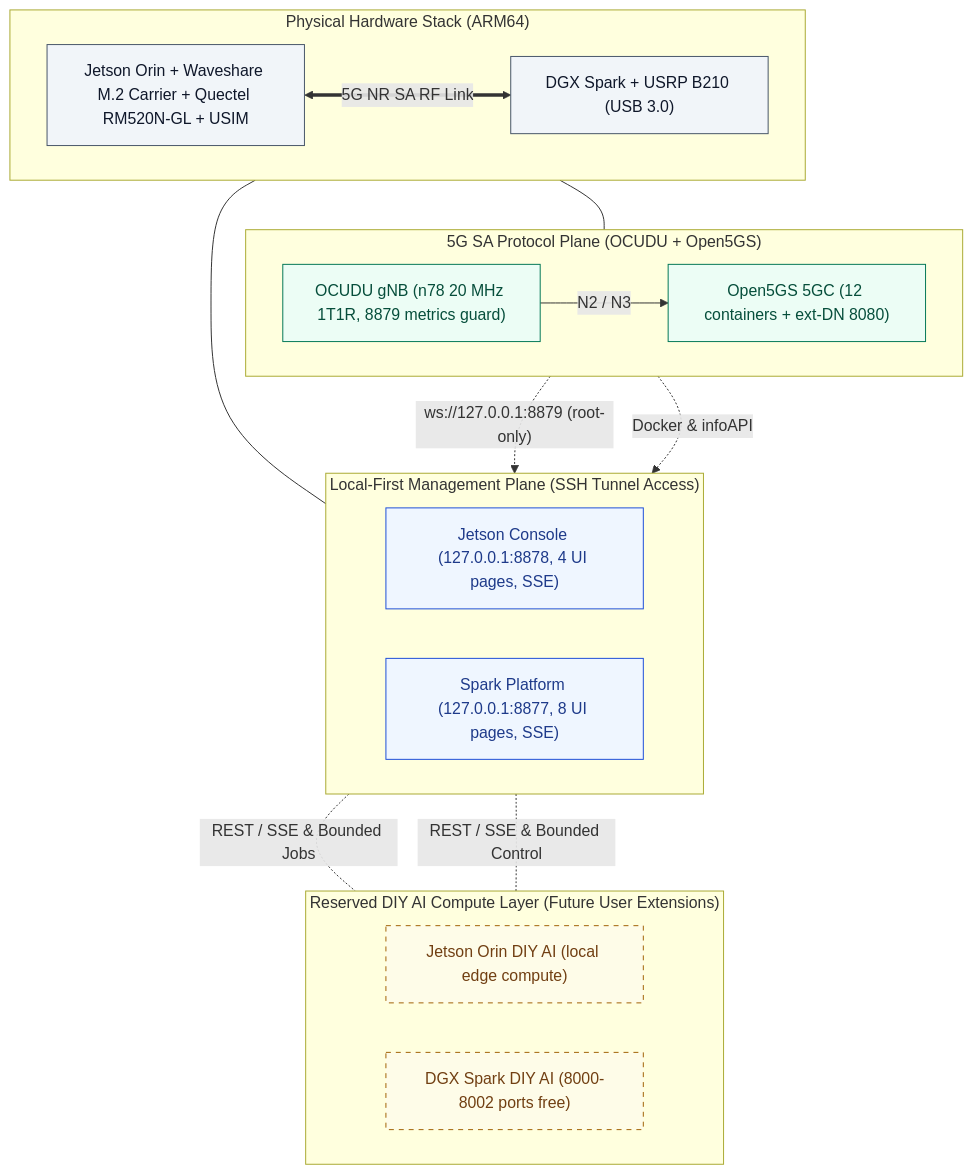
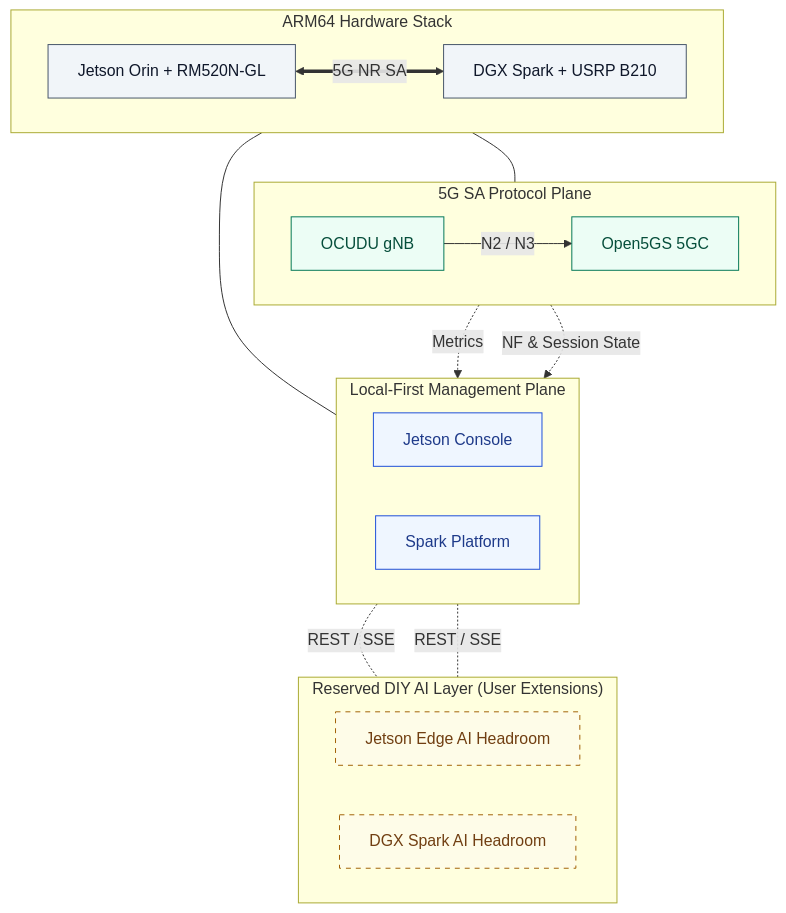
Before and after one commit to HKUOpenSource/OpenAirKit: the diagram in README.md, drawn with Mermaid. The commit also changed other lines of this file and 48 other files, not shown here.

````diff
--- a/README.md
+++ b/README.md
@@ -42,40 +37,40 @@
 ```mermaid
 flowchart TB
   classDef hw fill:#f1f5f9,stroke:#475569,color:#0f172a
   classDef stack fill:#ecfdf5,stroke:#047857,color:#064e3b
   classDef mgmt fill:#eff6ff,stroke:#1d4ed8,color:#1e3a8a
   classDef ai fill:#fefce8,stroke:#a16207,stroke-dasharray:5 5,color:#713f12
 
-  subgraph AI["Reserved DIY AI Compute Layer (Future User Extensions)"]
+  subgraph AI["Reserved DIY AI Layer (User Extensions)"]
     direction LR
-    JAI["Jetson Orin DIY AI (local edge compute)"]:::ai
-    SAI["DGX Spark DIY AI (8000-8002 ports free)"]:::ai
+    JAI["Jetson Edge AI Headroom"]:::ai
+    SAI["DGX Spark AI Headroom"]:::ai
   end
 
-  subgraph MGMT["Local-First Management Plane (SSH Tunnel Access)"]
+  subgraph MGMT["Local-First Management Plane"]
     direction LR
-    JC["Jetson Console (127.0.0.1:8878, 4 UI pages, SSE)"]:::mgmt
-    SP["Spark Platform (127.0.0.1:8877, 8 UI pages, SSE)"]:::mgmt
+    JC["Jetson Console"]:::mgmt
+    SP["Spark Platform"]:::mgmt
   end
 
-  subgraph STACK["5G SA Protocol Plane (OCUDU + Open5GS)"]
+  subgraph STACK["5G SA Protocol Plane"]
     direction LR
-    RAN["OCUDU gNB (n78 20 MHz 1T1R, 8879 metrics guard)"]:::stack
-    CORE["Open5GS 5GC (12 containers + ext-DN 8080)"]:::stack
+    RAN["OCUDU gNB"]:::stack
+    CORE["Open5GS 5GC"]:::stack
     RAN -- "N2 / N3" --> CORE
   end
 
-  subgraph HW["Physical Hardware Stack (ARM64)"]
+  subgraph HW["ARM64 Hardware Stack"]
     direction LR
-    UEHW["Jetson Orin + Waveshare M.2 Carrier + Quectel RM520N-GL + USIM"]:::hw
-    BSHW["DGX Spark + USRP B210 (USB 3.0)"]:::hw
-    UEHW <== "5G NR SA RF Link" ==> BSHW
+    UEHW["Jetson Orin + RM520N-GL"]:::hw
+    BSHW["DGX Spark + USRP B210"]:::hw
+    UEHW <== "5G NR SA" ==> BSHW
   end
 
   UEHW --- JC
   BSHW --- RAN
-  RAN -. "ws://127.0.0.1:8879 (root-only)" .-> SP
-  CORE -. "Docker & infoAPI" .-> SP
-  JC -. "REST / SSE & Bounded Jobs" .- JAI
-  SP -. "REST / SSE & Bounded Control" .- SAI
+  RAN -. "Metrics" .-> SP
+  CORE -. "NF & Session State" .-> SP
+  JC -. "REST / SSE" .- JAI
+  SP -. "REST / SSE" .- SAI
 ```
````
